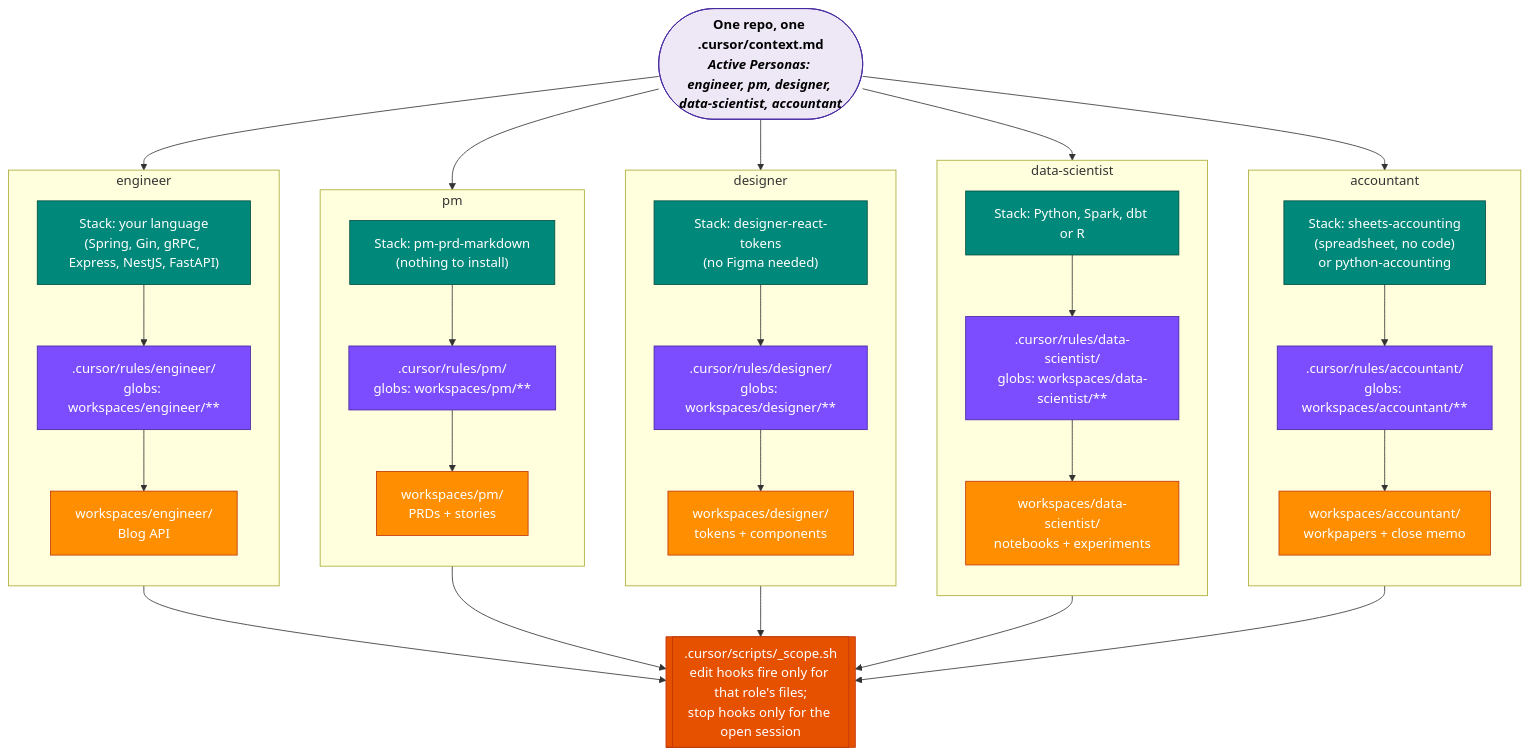
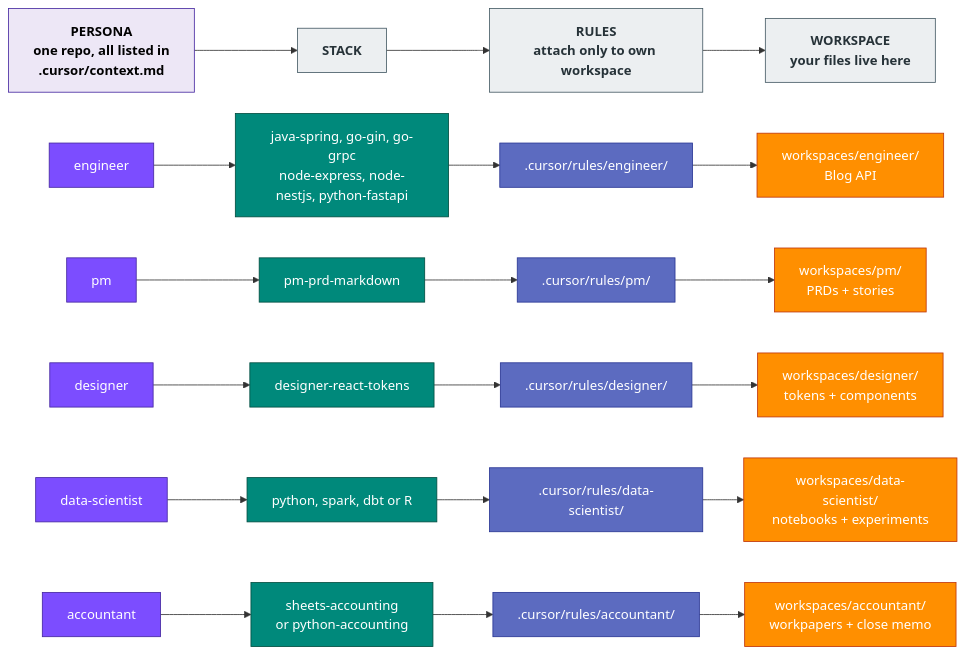
One commit to axel-sirota/cursor-course-templates changed the diagram in materials/diagrams/d09-multi-persona-workspaces.mmd. Above: the diagram before and after it, drawn with Mermaid. The commit also changed 2 other files, not shown here.

Commit message:
fix(intuit): redraw several-personas diagram as one row per persona

```diff
--- a/materials/diagrams/d09-multi-persona-workspaces.mmd
+++ b/materials/diagrams/d09-multi-persona-workspaces.mmd
@@ -1,66 +1,15 @@
-flowchart TB
-  CTX(["One repo, one .cursor/context.md<br/><i>Active Personas: engineer, pm, designer, data-scientist, accountant</i>"])
+flowchart LR
+  H1["PERSONA<br/>one repo, all listed in<br/>.cursor/context.md"]:::ctx --> H2["STACK"]:::head --> H3["RULES<br/>attach only to own workspace"]:::head --> H4["WORKSPACE<br/>your files live here"]:::head
 
-  subgraph ENG["engineer"]
-    direction TB
-    E1["Stack: your language<br/>(Spring, Gin, gRPC, Express, NestJS, FastAPI)"]
-    E2[".cursor/rules/engineer/<br/>globs: workspaces/engineer/**"]
-    E3["workspaces/engineer/<br/>Blog API"]
-    E1 --> E2 --> E3
-  end
-
-  subgraph PM["pm"]
-    direction TB
-    P1["Stack: pm-prd-markdown<br/>(nothing to install)"]
-    P2[".cursor/rules/pm/<br/>globs: workspaces/pm/**"]
-    P3["workspaces/pm/<br/>PRDs + stories"]
-    P1 --> P2 --> P3
-  end
-
-  subgraph DES["designer"]
-    direction TB
-    D1["Stack: designer-react-tokens<br/>(no Figma needed)"]
-    D2[".cursor/rules/designer/<br/>globs: workspaces/designer/**"]
-    D3["workspaces/designer/<br/>tokens + components"]
-    D1 --> D2 --> D3
-  end
-
-  subgraph DS["data-scientist"]
-    direction TB
-    S1["Stack: Python, Spark, dbt or R"]
-    S2[".cursor/rules/data-scientist/<br/>globs: workspaces/data-scientist/**"]
-    S3["workspaces/data-scientist/<br/>notebooks + experiments"]
-    S1 --> S2 --> S3
-  end
-
-  subgraph ACC["accountant"]
-    direction TB
-    A1["Stack: sheets-accounting<br/>(spreadsheet, no code)<br/>or python-accounting"]
-    A2[".cursor/rules/accountant/<br/>globs: workspaces/accountant/**"]
-    A3["workspaces/accountant/<br/>workpapers + close memo"]
-    A1 --> A2 --> A3
-  end
-
-  SCOPE[[".cursor/scripts/_scope.sh<br/>edit hooks fire only for that role's files;<br/>stop hooks only for the open session"]]
-
-  CTX --> ENG
-  CTX --> PM
-  CTX --> DES
-  CTX --> DS
-  CTX --> ACC
-  ENG --> SCOPE
-  PM --> SCOPE
-  DES --> SCOPE
-  DS --> SCOPE
-  ACC --> SCOPE
+  E0[engineer]:::persona --> E1["java-spring, go-gin, go-grpc<br/>node-express, node-nestjs, python-fastapi"]:::stack --> E2[".cursor/rules/engineer/"]:::rules --> E3["workspaces/engineer/<br/>Blog API"]:::ws
+  P0[pm]:::persona --> P1["pm-prd-markdown"]:::stack --> P2[".cursor/rules/pm/"]:::rules --> P3["workspaces/pm/<br/>PRDs + stories"]:::ws
+  D0[designer]:::persona --> D1["designer-react-tokens"]:::stack --> D2[".cursor/rules/designer/"]:::rules --> D3["workspaces/designer/<br/>tokens + components"]:::ws
+  S0[data-scientist]:::persona --> S1["python, spark, dbt or R"]:::stack --> S2[".cursor/rules/data-scientist/"]:::rules --> S3["workspaces/data-scientist/<br/>notebooks + experiments"]:::ws
+  A0[accountant]:::persona --> A1["sheets-accounting<br/>or python-accounting"]:::stack --> A2[".cursor/rules/accountant/"]:::rules --> A3["workspaces/accountant/<br/>workpapers + close memo"]:::ws
 
   classDef ctx fill:#ede7f6,stroke:#4527a0,color:#000,font-weight:bold;
+  classDef head fill:#eceff1,stroke:#455a64,color:#263238,font-weight:bold;
+  classDef persona fill:#7c4dff,stroke:#4527a0,color:#fff;
   classDef stack fill:#00897b,stroke:#004d40,color:#fff;
-  classDef rules fill:#7c4dff,stroke:#4527a0,color:#fff;
+  classDef rules fill:#5c6bc0,stroke:#283593,color:#fff;
   classDef ws fill:#ff8f00,stroke:#bf360c,color:#fff;
-  classDef scope fill:#e65100,stroke:#bf360c,color:#fff;
-  class CTX ctx;
-  class E1,P1,D1,S1,A1 stack;
-  class E2,P2,D2,S2,A2 rules;
-  class E3,P3,D3,S3,A3 ws;
-  class SCOPE scope;
```
